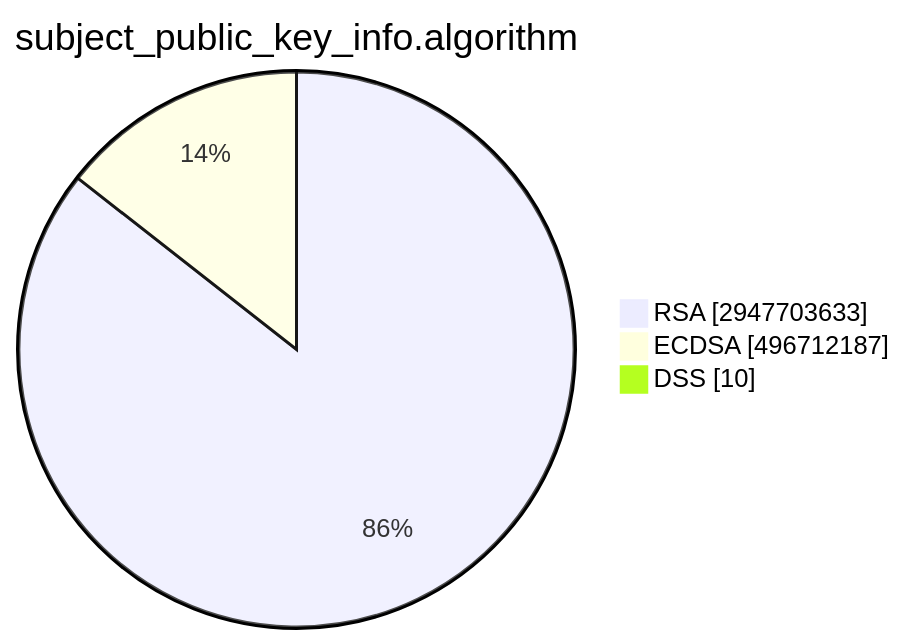
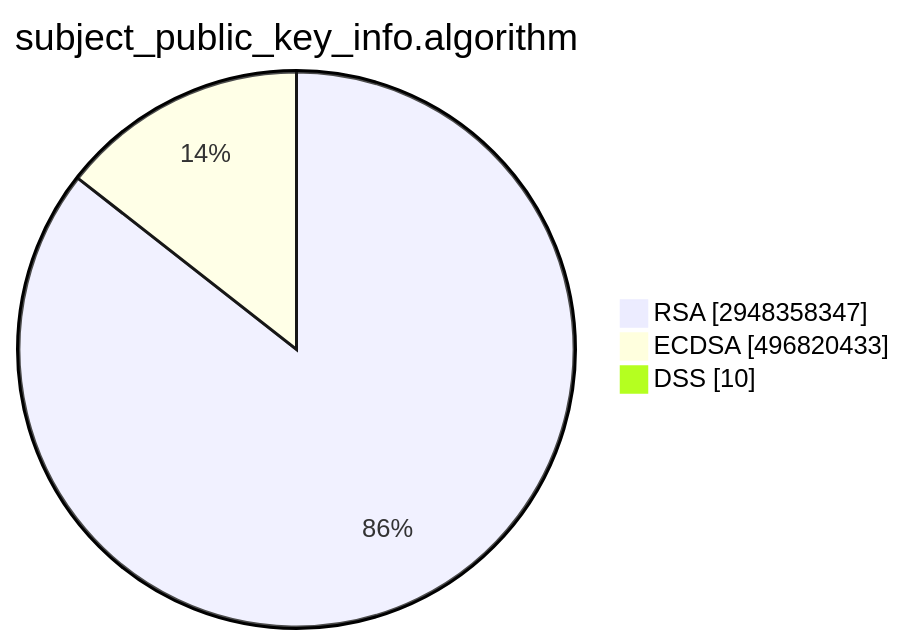
Before and after one commit to christiankrug/ctmonitor_visualization: the second of 15 diagrams in TOTAL/README.md, drawn with Mermaid. The commit also changed other lines of this file, not shown here.

````diff
--- a/TOTAL/README.md
+++ b/TOTAL/README.md
@@ -6,7 +6,7 @@
 ```mermaid
 pie showData
 title subject_public_key_info.algorithm
-"RSA" :2947703633
-"ECDSA" :496712187
+"RSA" :2948358347
+"ECDSA" :496820433
 "DSS" :10
 ```
````
